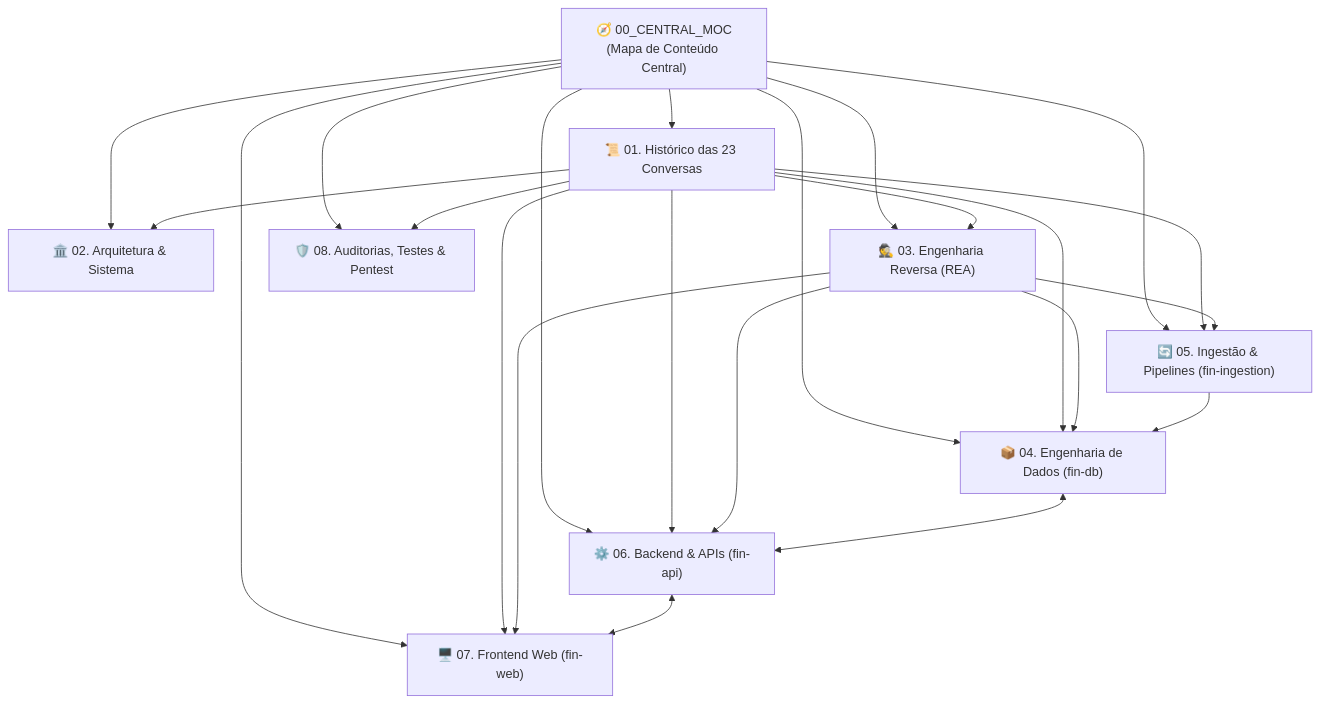
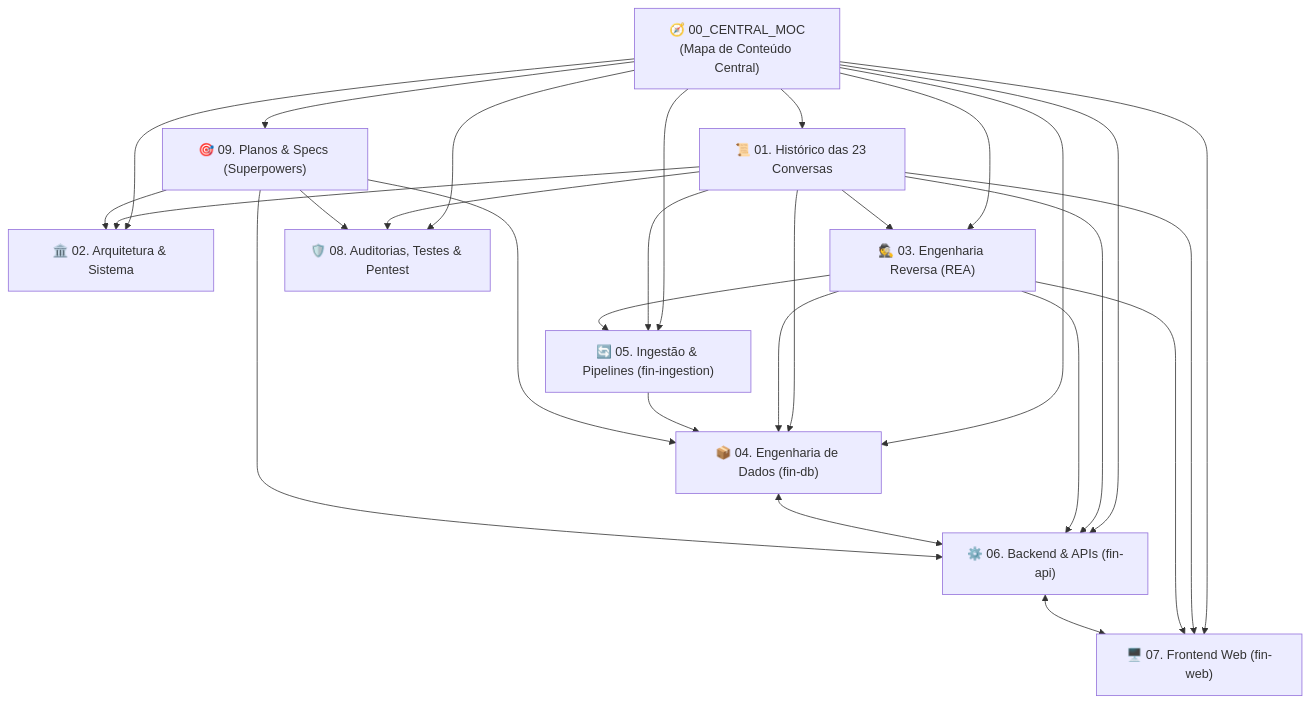
Before and after one commit to barrosrafa/fin-docs: the diagram in 00_CENTRAL_MOC.md, drawn with Mermaid. The commit also changed other lines of this file and 4 other files, not shown here.

````diff
--- a/00_CENTRAL_MOC.md
+++ b/00_CENTRAL_MOC.md
@@ -18,19 +18,21 @@
 ```mermaid
 graph TD
     MOC["🧭 00_CENTRAL_MOC<br/>(Mapa de Conteúdo Central)"]
 
     MOC --> C1["📜 01. Histórico das 23 Conversas"]
     MOC --> C2["🏛️ 02. Arquitetura & Sistema"]
     MOC --> C3["🕵️ 03. Engenharia Reversa (REA)"]
     MOC --> C4["📦 04. Engenharia de Dados (fin-db)"]
     MOC --> C5["🔄 05. Ingestão & Pipelines (fin-ingestion)"]
     MOC --> C6["⚙️ 06. Backend & APIs (fin-api)"]
     MOC --> C7["🖥️ 07. Frontend Web (fin-web)"]
     MOC --> C8["🛡️ 08. Auditorias, Testes & Pentest"]
+    MOC --> C9["🎯 09. Planos & Specs (Superpowers)"]
 
     C1 --> C2 & C3 & C4 & C5 & C6 & C7 & C8
     C3 --> C4 & C5 & C6 & C7
     C4 <--> C6
     C5 --> C4
     C6 <--> C7
+    C9 --> C2 & C4 & C6 & C8
 ```
````
